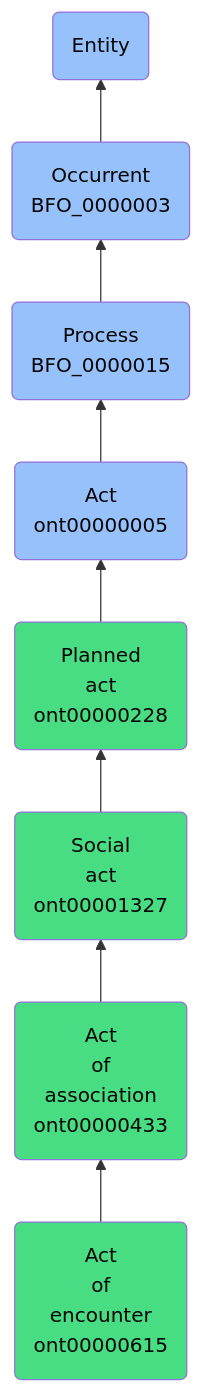
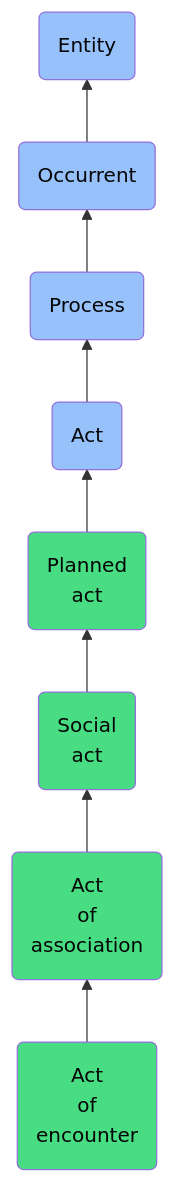
Before and after one commit to jupyter-naas/abi: the diagram in docs/ontology/reference/model/Entity/Occurrent/Process/Act/Planned act/Social act/Act of association/Act of encounter/Act of encounter.md, drawn with Mermaid. The commit also changed other lines of this file and 1430 other files, not shown here.

````diff
--- a/docs/ontology/reference/model/Entity/Occurrent/Process/Act/Planned act/Social act/Act of association/Act of encounter/Act of encounter.md
+++ b/docs/ontology/reference/model/Entity/Occurrent/Process/Act/Planned act/Social act/Act of association/Act of encounter/Act of encounter.md
@@ -24,15 +24,15 @@
 ```mermaid
 graph BT
-    ont00000615(Act<br>of<br>encounter<br>ont00000615):::ABI-->ont00000433
-    ont00000433(Act<br>of<br>association<br>ont00000433):::ABI-->ont00001327
-    ont00001327(Social<br>act<br>ont00001327):::ABI-->ont00000228
-    ont00000228(Planned<br>act<br>ont00000228):::ABI-->ont00000005
-    ont00000005(Act<br>ont00000005):::BFO-->BFO_0000015
-    BFO_0000015(Process<br>BFO_0000015):::BFO-->BFO_0000003
-    BFO_0000003(Occurrent<br>BFO_0000003):::BFO-->BFO_0000001
+    ont00000615(Act<br>of<br>encounter):::ABI-->ont00000433
+    ont00000433(Act<br>of<br>association):::ABI-->ont00001327
+    ont00001327(Social<br>act):::ABI-->ont00000228
+    ont00000228(Planned<br>act):::ABI-->ont00000005
+    ont00000005(Act):::BFO-->BFO_0000015
+    BFO_0000015(Process):::BFO-->BFO_0000003
+    BFO_0000003(Occurrent):::BFO-->BFO_0000001
     BFO_0000001(Entity):::BFO
     
     classDef BFO fill:#97c1fb,color:#060606
     classDef CCO fill:#e4c51e,color:#060606
     classDef ABI fill:#48DD82,color:#060606
 ```
````
